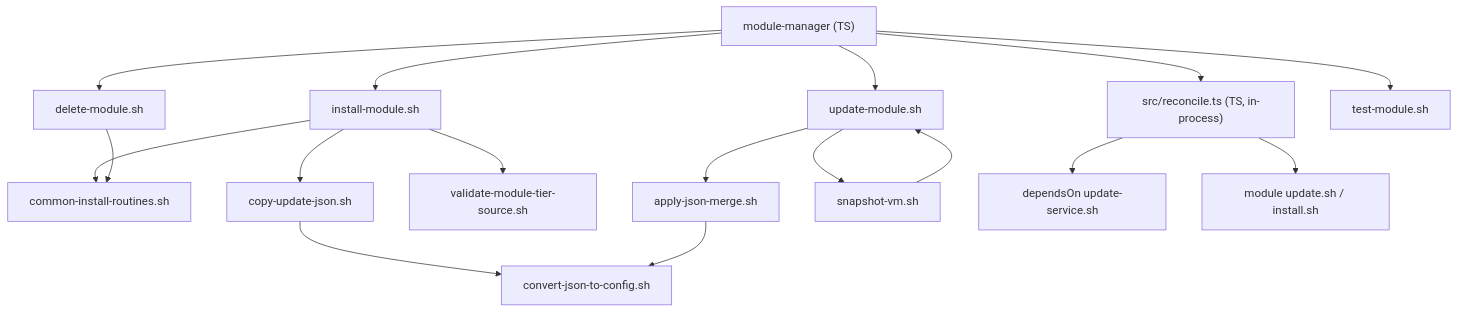
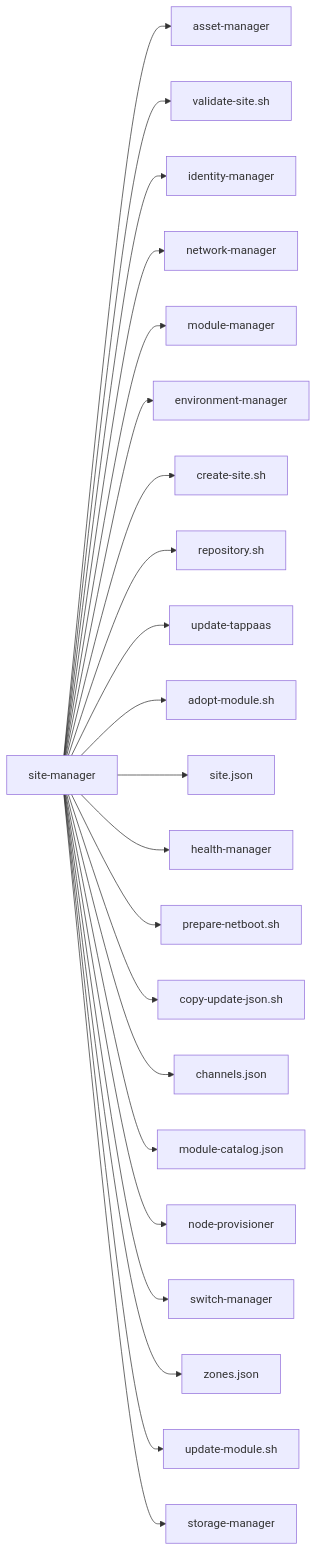
Before and after one commit to TAPPaaS/TAPPaaS: the second of 18 diagrams in src/foundation/DEPENDENCIES.md, drawn with Mermaid. The commit also changed other lines of this file and 4 other files, not shown here.

````diff
--- a/src/foundation/DEPENDENCIES.md
+++ b/src/foundation/DEPENDENCIES.md
@@ -274,19 +161,25 @@
 ```mermaid
-graph TD
-    MM["module-manager (TS)"] --> IM["install-module.sh"]
-    MM --> UM["update-module.sh"]
-    MM --> DM["delete-module.sh"]
-    MM --> RT["src/reconcile.ts (TS, in-process)"]
-    MM --> TM["test-module.sh"]
-    IM --> CIR["common-install-routines.sh"]
-    IM --> CUJ["copy-update-json.sh"]
-    IM --> VMT["validate-module-tier-source.sh"]
-    CUJ --> CJC["convert-json-to-config.sh"]
-    UM --> AJM["apply-json-merge.sh"]
-    UM --> SV["snapshot-vm.sh"]
-    AJM --> CJC
-    SV --> UM
-    RT --> ISS["dependsOn update-service.sh"]
-    RT --> MUS["module update.sh / install.sh"]
-    DM --> CIR
+graph LR
+    n0["site-manager"]
+    n0 --> n1["asset-manager"]
+    n0 --> n2["validate-site.sh"]
+    n0 --> n3["identity-manager"]
+    n0 --> n4["network-manager"]
+    n0 --> n5["module-manager"]
+    n0 --> n6["environment-manager"]
+    n0 --> n7["create-site.sh"]
+    n0 --> n8["repository.sh"]
+    n0 --> n9["update-tappaas"]
+    n0 --> n10["adopt-module.sh"]
+    n0 --> n11["site.json"]
+    n0 --> n12["health-manager"]
+    n0 --> n13["prepare-netboot.sh"]
+    n0 --> n14["copy-update-json.sh"]
+    n0 --> n15["channels.json"]
+    n0 --> n16["module-catalog.json"]
+    n0 --> n17["node-provisioner"]
+    n0 --> n18["switch-manager"]
+    n0 --> n19["zones.json"]
+    n0 --> n20["update-module.sh"]
+    n0 --> n21["storage-manager"]
 ```
````
